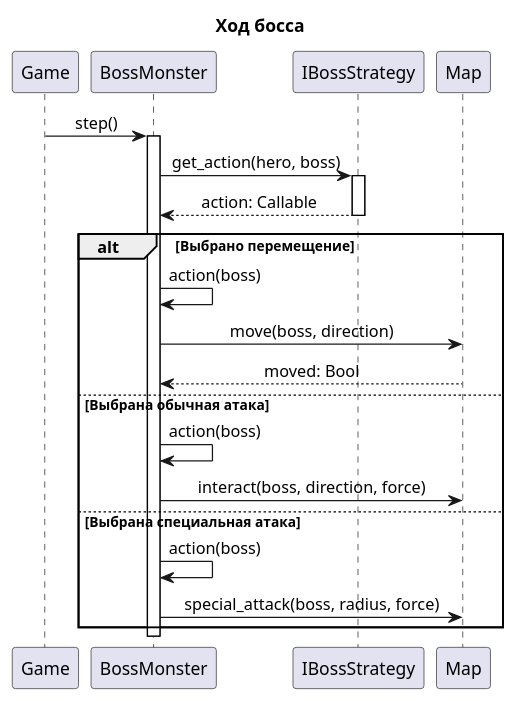
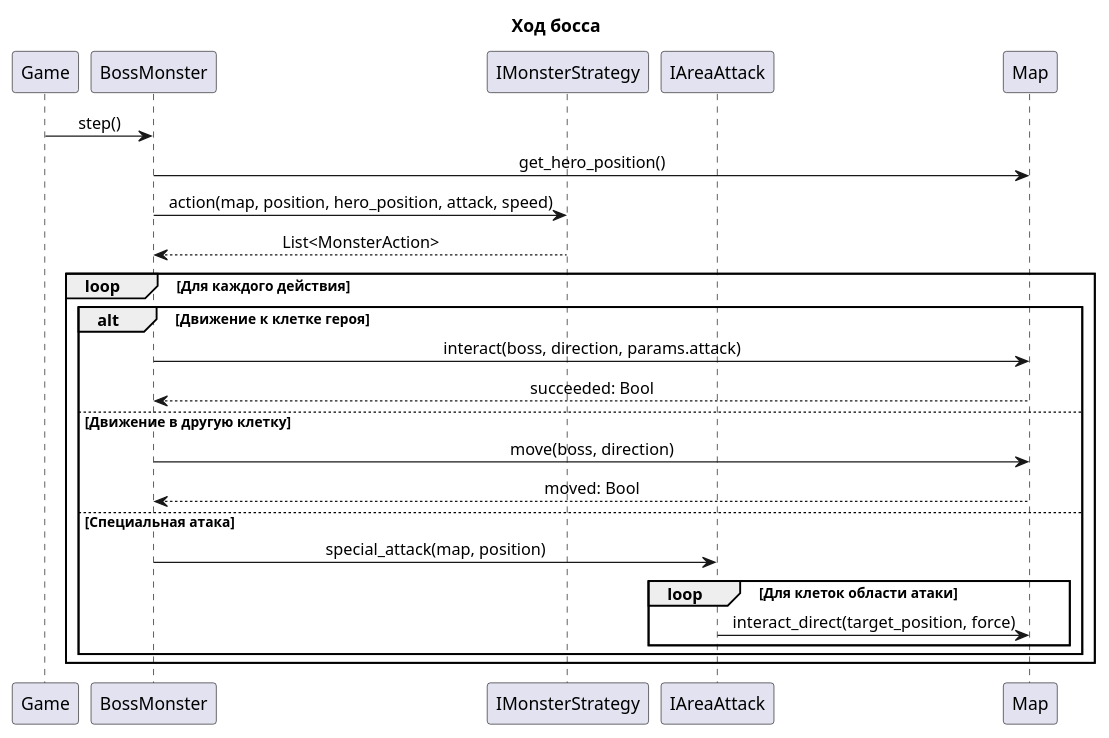
The diagram in docs/diagrams/sequence/sequence_boss.plantuml (ISArchitec/Roguelike), drawn with PlantUML before and after one commit. The commit also changed 18 other files, not shown here.

```diff
--- a/docs/diagrams/sequence/sequence_boss.plantuml
+++ b/docs/diagrams/sequence/sequence_boss.plantuml
@@ -1,32 +1,32 @@
 @startuml
 skinparam shadowing false
 skinparam sequenceParticipant roundCorner 0
 skinparam sequenceLifeLineBorderColor black
 skinparam sequenceLifeLineBackgroundColor white
 skinparam sequenceMessageAlign center
 title Ход босса
 
 participant Game
 participant BossMonster as Boss
-participant IBossStrategy as Strategy
+participant IMonsterStrategy as Strategy
+participant IAreaAttack as Attack
 participant Map
-
 Game -> Boss: step()
-activate Boss
-Boss -> Strategy: get_action(hero, boss)
-activate Strategy
-Strategy --> Boss: action: Callable
-deactivate Strategy
-alt Выбрано перемещение
-    Boss -> Boss: action(boss)
-    Boss -> Map: move(boss, direction)
-    Map --> Boss: moved: Bool
-else Выбрана обычная атака
-    Boss -> Boss: action(boss)
-    Boss -> Map: interact(boss, direction, force)
-else Выбрана специальная атака
-    Boss -> Boss: action(boss)
-    Boss -> Map: special_attack(boss, radius, force)
+Boss -> Map: get_hero_position()
+Boss -> Strategy: action(map, position, hero_position, attack, speed)
+Strategy --> Boss: List<MonsterAction>
+loop Для каждого действия
+    alt Движение к клетке героя
+        Boss -> Map: interact(boss, direction, params.attack)
+        Map --> Boss: succeeded: Bool
+    else Движение в другую клетку
+        Boss -> Map: move(boss, direction)
+        Map --> Boss: moved: Bool
+    else Специальная атака
+        Boss -> Attack: special_attack(map, position)
+        loop Для клеток области атаки
+            Attack -> Map: interact_direct(target_position, force)
+        end
+    end
 end
-deactivate Boss
 @enduml
```
